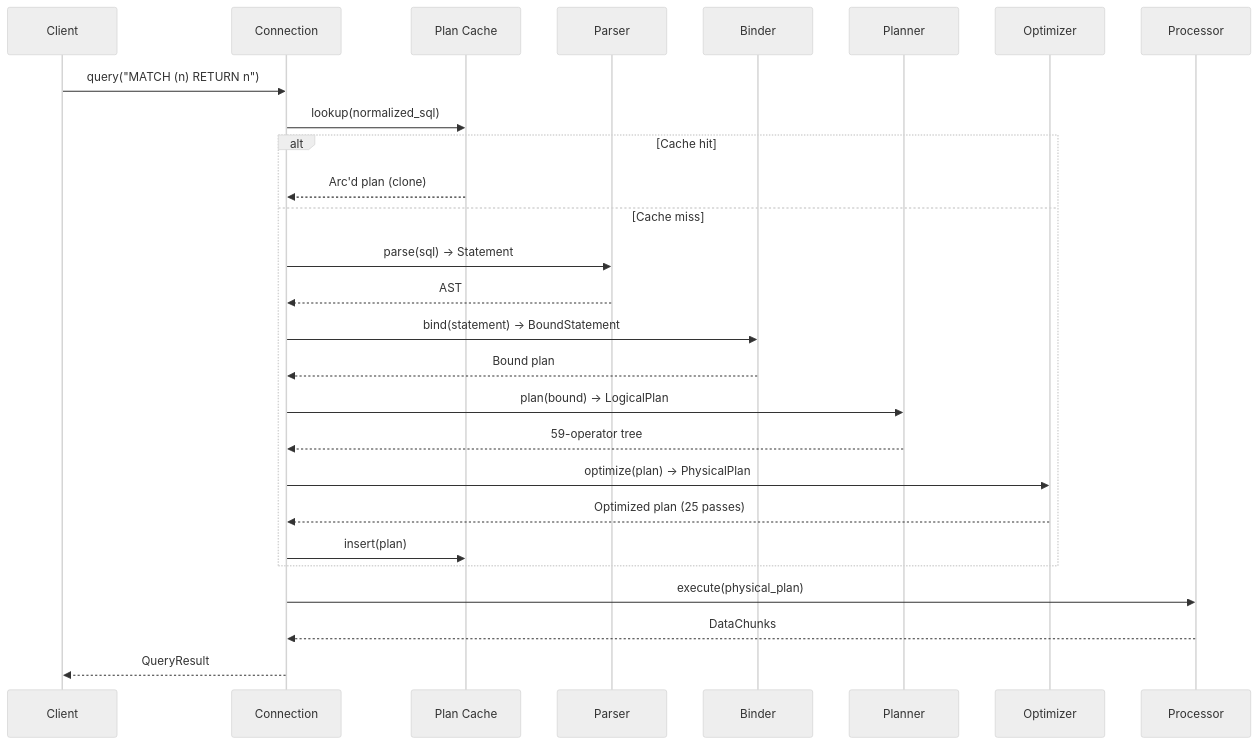
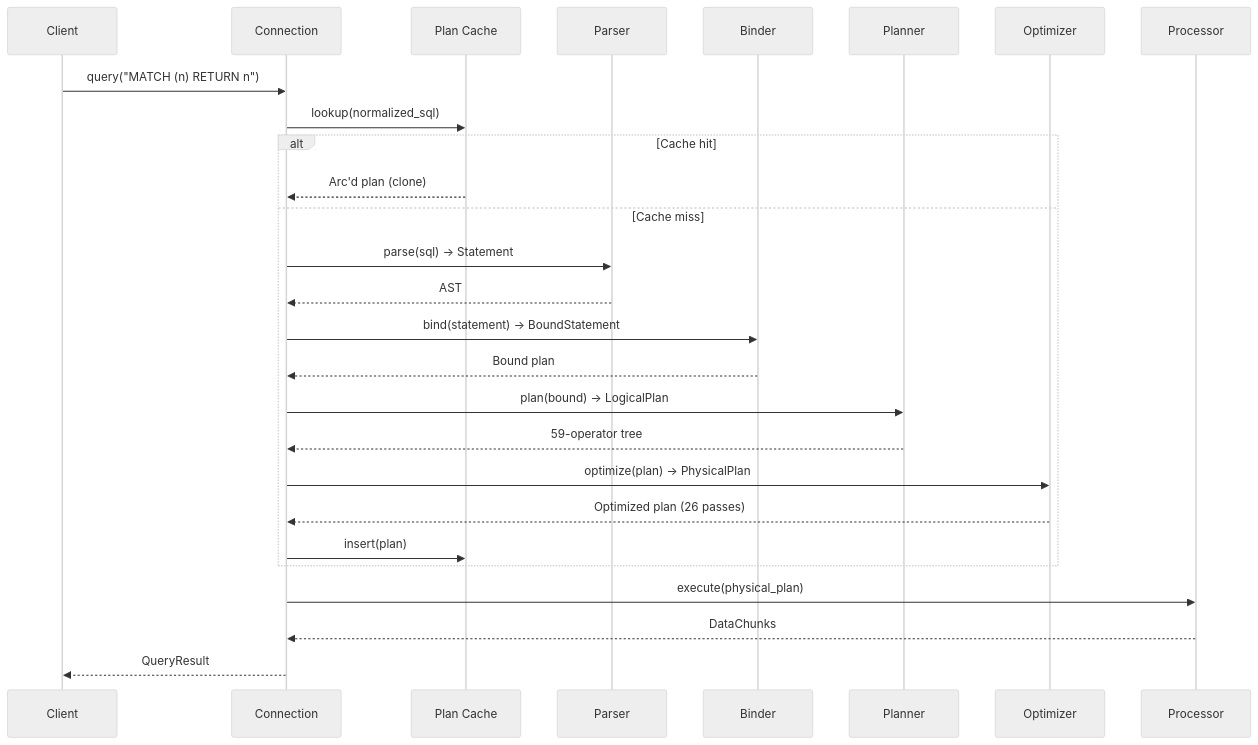
The fifth of 6 diagrams in .terrain/human/2.Architecture.md (mlengse/akar), drawn with Mermaid (neutral theme) before and after one commit. The commit also changed other lines of this file and 8 other files, not shown here.

````diff
--- a/.terrain/human/2.Architecture.md
+++ b/.terrain/human/2.Architecture.md
@@ -223,30 +223,30 @@
 ```mermaid
 sequenceDiagram
     participant C as Client
     participant Conn as Connection
     participant Cache as Plan Cache
     participant P as Parser
     participant B as Binder
     participant PL as Planner
     participant O as Optimizer
     participant Proc as Processor
 
     C->>Conn: query("MATCH (n) RETURN n")
     Conn->>Cache: lookup(normalized_sql)
     alt Cache hit
         Cache-->>Conn: Arc'd plan (clone)
     else Cache miss
         Conn->>P: parse(sql) -> Statement
         P-->>Conn: AST
         Conn->>B: bind(statement) -> BoundStatement
         B-->>Conn: Bound plan
         Conn->>PL: plan(bound) -> LogicalPlan
         PL-->>Conn: 59-operator tree
         Conn->>O: optimize(plan) -> PhysicalPlan
-        O-->>Conn: Optimized plan (25 passes)
+        O-->>Conn: Optimized plan (26 passes)
         Conn->>Cache: insert(plan)
     end
     Conn->>Proc: execute(physical_plan)
     Proc-->>Conn: DataChunks
     Conn-->>C: QueryResult
 ```
````
